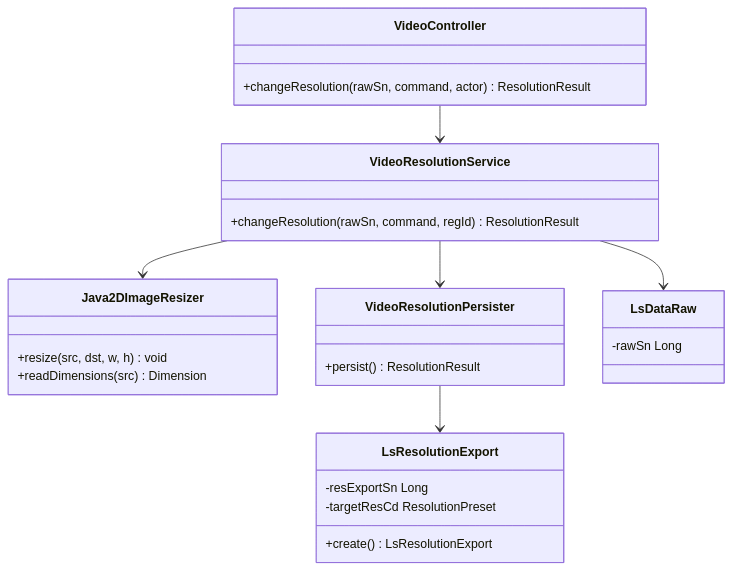
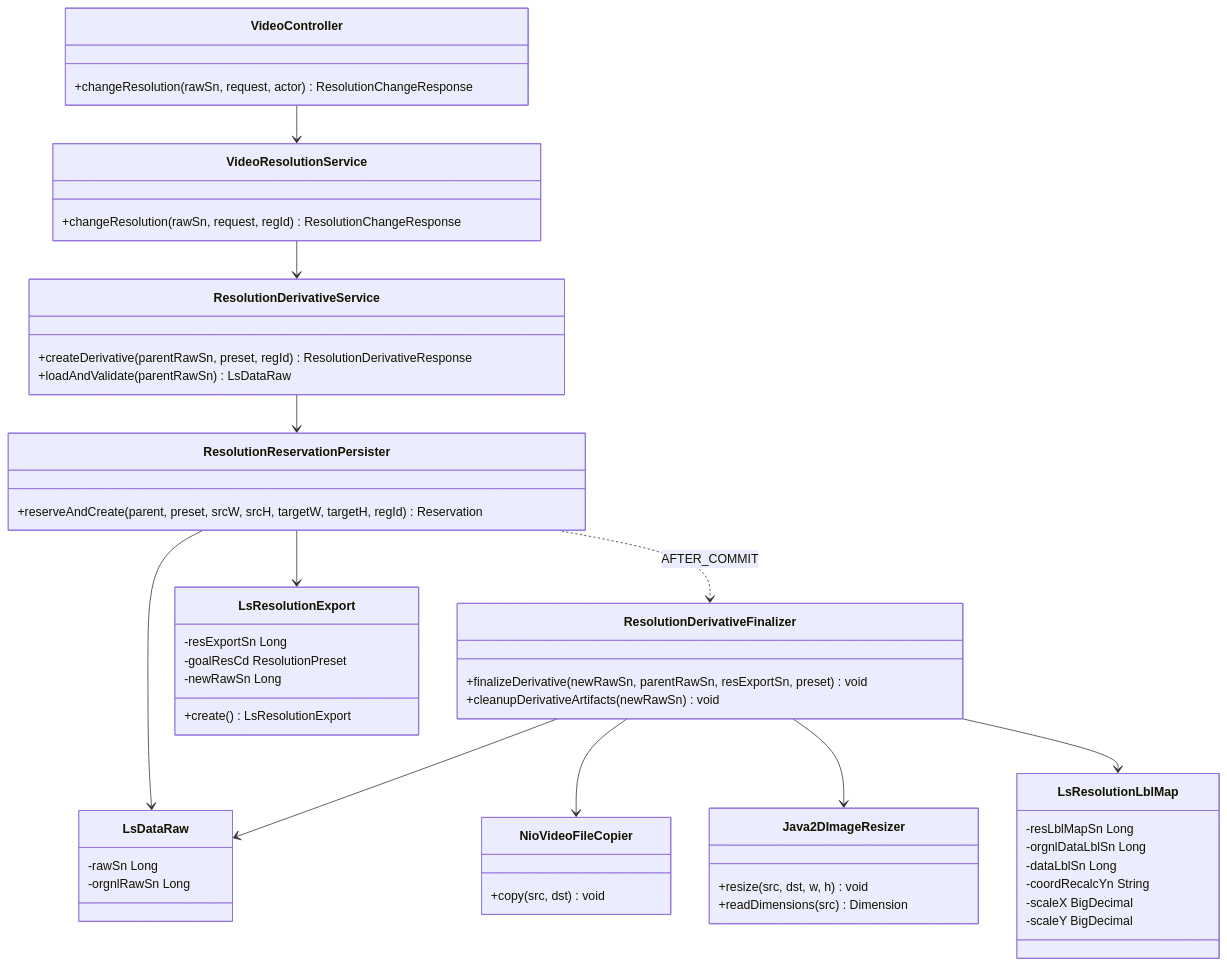
Before and after one commit to New-stella/klid-label: diagram 30 of 54 in docs/design-full/D1-클래스설계서.md, drawn with Mermaid. The commit also changed other lines of this file and 33 other files, not shown here.

````diff
--- a/docs/design-full/D1-클래스설계서.md
+++ b/docs/design-full/D1-클래스설계서.md
@@ -1183,29 +1199,55 @@
 ```mermaid
 classDiagram
     class VideoController {
-        +changeResolution(rawSn, command, actor) ResolutionResult
+        +changeResolution(rawSn, request, actor) ResolutionChangeResponse
     }
     class VideoResolutionService {
-        +changeResolution(rawSn, command, regId) ResolutionResult
+        +changeResolution(rawSn, request, regId) ResolutionChangeResponse
+    }
+    class ResolutionDerivativeService {
+        +createDerivative(parentRawSn, preset, regId) ResolutionDerivativeResponse
+        +loadAndValidate(parentRawSn) LsDataRaw
+    }
+    class ResolutionReservationPersister {
+        +reserveAndCreate(parent, preset, srcW, srcH, targetW, targetH, regId) Reservation
+    }
+    class ResolutionDerivativeFinalizer {
+        +finalizeDerivative(newRawSn, parentRawSn, resExportSn, preset) void
+        +cleanupDerivativeArtifacts(newRawSn) void
     }
     class Java2DImageResizer {
         +resize(src, dst, w, h) void
         +readDimensions(src) Dimension
     }
-    class VideoResolutionPersister {
-        +persist() ResolutionResult
+    class NioVideoFileCopier {
+        +copy(src, dst) void
     }
     class LsResolutionExport {
         -resExportSn Long
-        -targetResCd ResolutionPreset
+        -goalResCd ResolutionPreset
+        -newRawSn Long
         +create() LsResolutionExport
+    }
+    class LsResolutionLblMap {
+        -resLblMapSn Long
+        -orgnlDataLblSn Long
+        -dataLblSn Long
+        -coordRecalcYn String
+        -scaleX BigDecimal
+        -scaleY BigDecimal
     }
     class LsDataRaw {
         -rawSn Long
+        -orgnlRawSn Long
     }
     VideoController --> VideoResolutionService
-    VideoResolutionService --> Java2DImageResizer
-    VideoResolutionService --> VideoResolutionPersister
-    VideoResolutionService --> LsDataRaw
-    VideoResolutionPersister --> LsResolutionExport
+    VideoResolutionService --> ResolutionDerivativeService
+    ResolutionDerivativeService --> ResolutionReservationPersister
+    ResolutionReservationPersister --> LsResolutionExport
+    ResolutionReservationPersister --> LsDataRaw
+    ResolutionReservationPersister ..> ResolutionDerivativeFinalizer : AFTER_COMMIT
+    ResolutionDerivativeFinalizer --> NioVideoFileCopier
+    ResolutionDerivativeFinalizer --> Java2DImageResizer
+    ResolutionDerivativeFinalizer --> LsResolutionLblMap
+    ResolutionDerivativeFinalizer --> LsDataRaw
 ```
````
